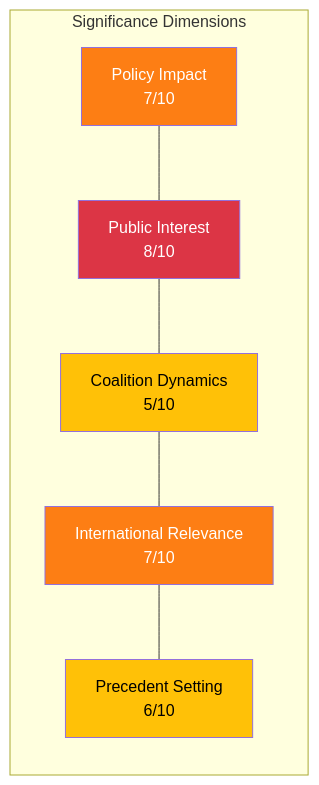
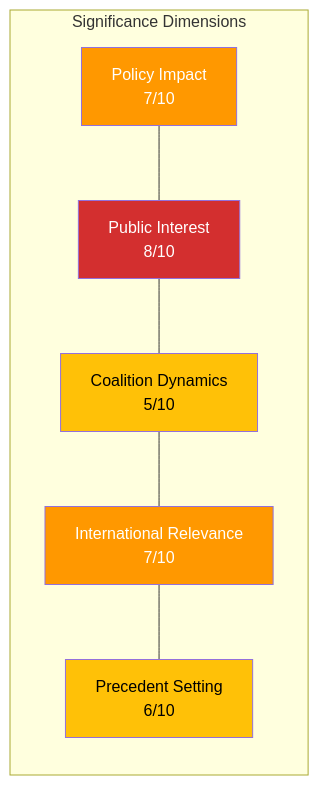
Before and after one commit to Hack23/riksdagsmonitor: the diagram in analysis/daily/2026-04-02/significance-scoring.md, drawn with Mermaid. The commit also changed 785 other files, not shown here.

First line of the commit message:
Normalize mermaid colors across 786 analysis artifacts to ISMS Style Guide palette

````diff
--- a/analysis/daily/2026-04-02/significance-scoring.md
+++ b/analysis/daily/2026-04-02/significance-scoring.md
@@ -13,14 +13,14 @@
 ```mermaid
 graph LR
     subgraph "Significance Dimensions"
         A["Policy Impact<br/>7/10"] --- B["Public Interest<br/>8/10"]
         B --- C["Coalition Dynamics<br/>5/10"]
         C --- D["International Relevance<br/>7/10"]
         D --- E["Precedent Setting<br/>6/10"]
     end
-    style A fill:#fd7e14,color:#fff
-    style B fill:#dc3545,color:#fff
-    style C fill:#ffc107,color:#000
-    style D fill:#fd7e14,color:#fff
-    style E fill:#ffc107,color:#000
+    style A fill:#FF9800,color:#FFFFFF
+    style B fill:#D32F2F,color:#FFFFFF
+    style C fill:#FFC107,color:#000000
+    style D fill:#FF9800,color:#FFFFFF
+    style E fill:#FFC107,color:#000000
 ```
````
